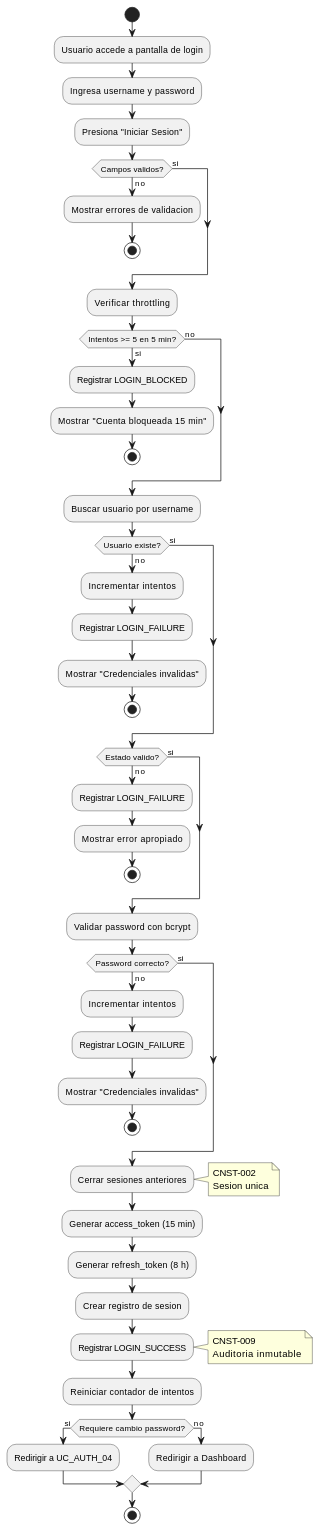
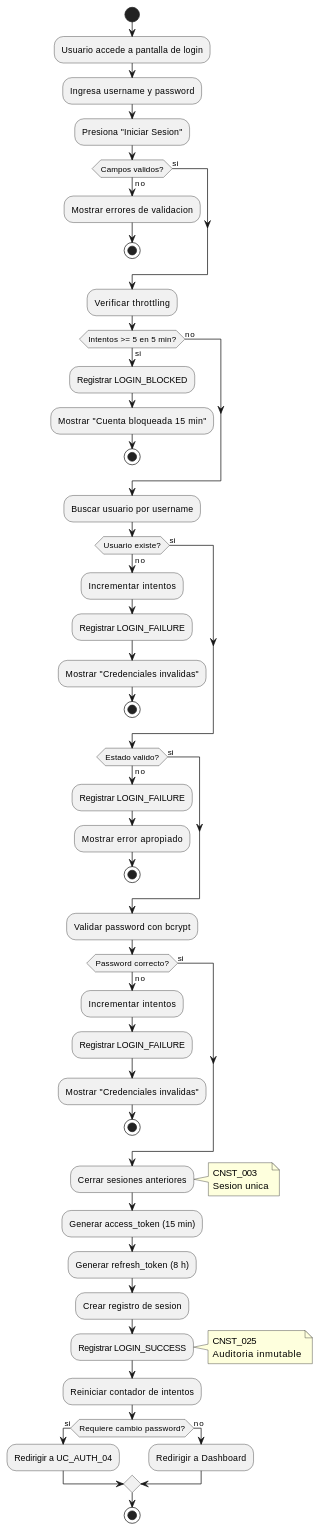
Before and after one commit to jcg-admin/IACT-docs: the third of 3 diagrams in source/requisitos/casos_uso/auth/UC_AUTH_01_Iniciar_Sesion.rst, drawn with PlantUML. The commit also changed other lines of this file and 67 other files, not shown here.

```diff
--- a/source/requisitos/casos_uso/auth/UC_AUTH_01_Iniciar_Sesion.rst
+++ b/source/requisitos/casos_uso/auth/UC_AUTH_01_Iniciar_Sesion.rst
@@ -523,7 +523,7 @@
 
    :Cerrar sesiones anteriores;
    note right
-     CNST-002
+     CNST_003
      Sesion unica
    end note
 
@@ -535,7 +535,7 @@
 
    :Registrar LOGIN_SUCCESS;
    note right
-     CNST-009
+     CNST_025
      Auditoria inmutable
    end note
 
```
